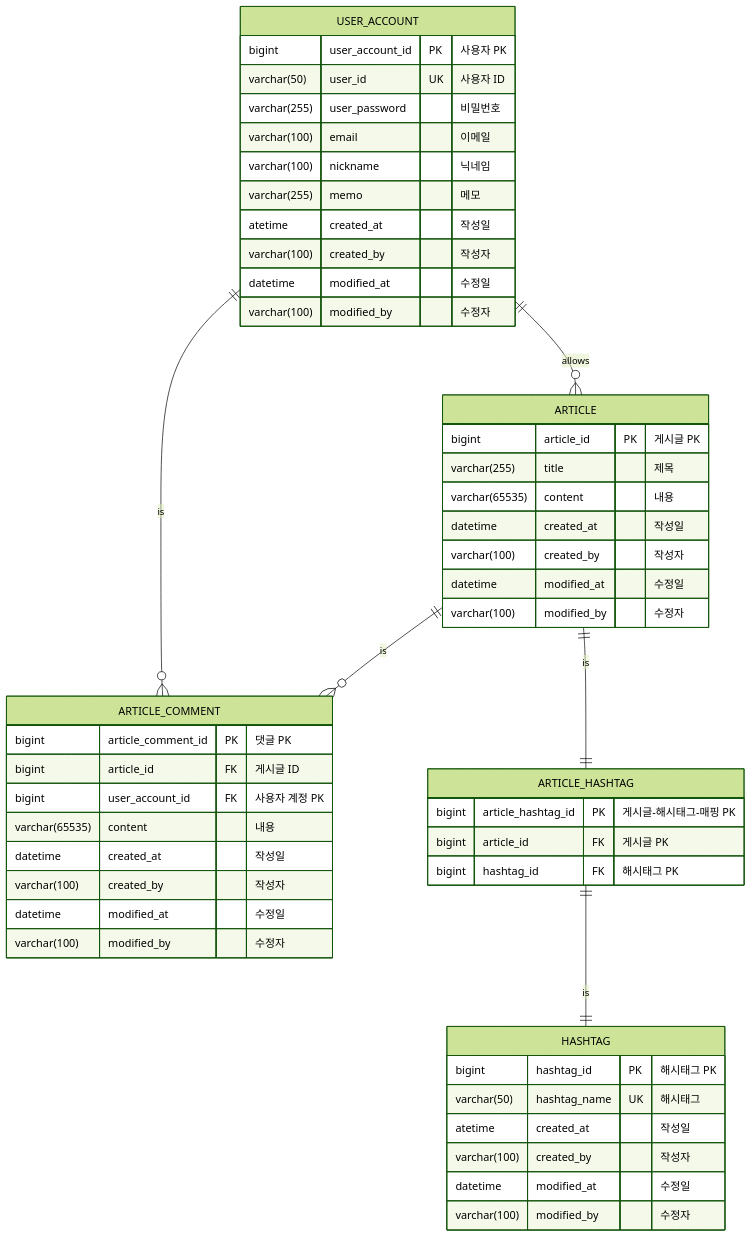
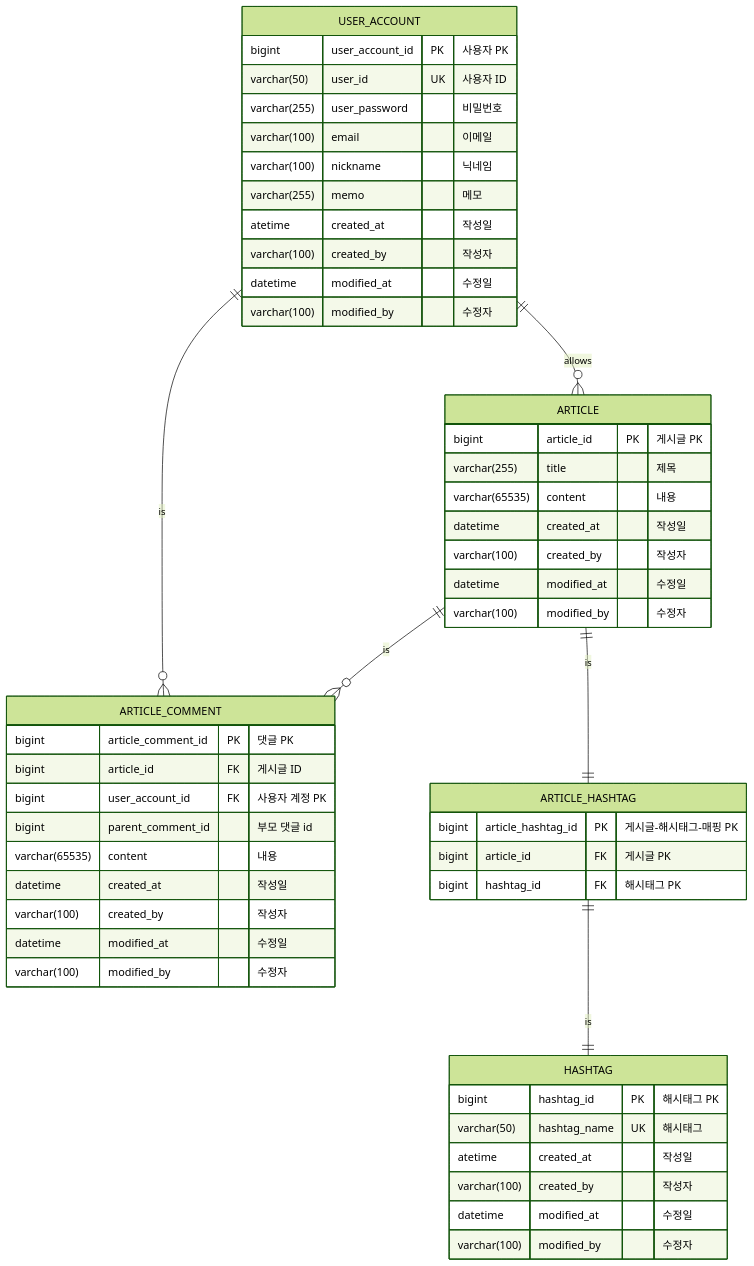
Before and after one commit to jangseoyun/car-hr-sns: the diagram in README.md, drawn with Mermaid (forest theme). The commit also changed 1 other file, not shown here.

Commit message:
feat: 대댓글 도메인 설계
- 단방향 매핑으로 새로운 테이블을 생성하지 않고 oneToMany로 entity 설계
- ERD 수정

#67

````diff
--- a/README.md
+++ b/README.md
@@ -5,57 +5,58 @@
 ``` mermaid
 erDiagram 
 ARTICLE ||--o{ ARTICLE_COMMENT : is
     ARTICLE {
         bigint article_id PK "게시글 PK"
         varchar(255) title "제목" 
         varchar(65535) content "내용"
         datetime created_at "작성일"
         varchar(100) created_by "작성자"
         datetime modified_at "수정일"
         varchar(100) modified_by "수정자"
     }
 
     ARTICLE_COMMENT {
         bigint article_comment_id PK "댓글 PK"
         bigint article_id FK "게시글 ID"
         bigint user_account_id FK "사용자 계정 PK"
+        bigint parent_comment_id "부모 댓글 id"
         varchar(65535) content "내용"
         datetime created_at "작성일"
         varchar(100) created_by "작성자"
         datetime modified_at "수정일"
         varchar(100) modified_by "수정자"
     }
     
     ARTICLE_HASHTAG {
         bigint article_hashtag_id PK "게시글-해시태그-매핑 PK"
         bigint article_id FK "게시글 PK"
         bigint hashtag_id FK "해시태그 PK"
     }
     
 ARTICLE ||--|| ARTICLE_HASHTAG : is
 ARTICLE_HASHTAG ||--|| HASHTAG : is
     HASHTAG {
         bigint hashtag_id PK "해시태그 PK"
         varchar(50) hashtag_name UK "해시태그"
         atetime created_at "작성일"
         varchar(100) created_by "작성자"
         datetime modified_at "수정일"
         varchar(100) modified_by "수정자"
     }
 
 USER_ACCOUNT ||--o{ ARTICLE : allows
 USER_ACCOUNT ||--o{ ARTICLE_COMMENT : is
     USER_ACCOUNT {
         bigint user_account_id PK "사용자 PK"
         varchar(50) user_id UK "사용자 ID"
         varchar(255) user_password "비밀번호"
         varchar(100) email "이메일"
         varchar(100) nickname "닉네임"
         varchar(255) memo "메모" 
         atetime created_at "작성일"
         varchar(100) created_by "작성자"
         datetime modified_at "수정일"
         varchar(100) modified_by "수정자"
     }
    
 ```
````
